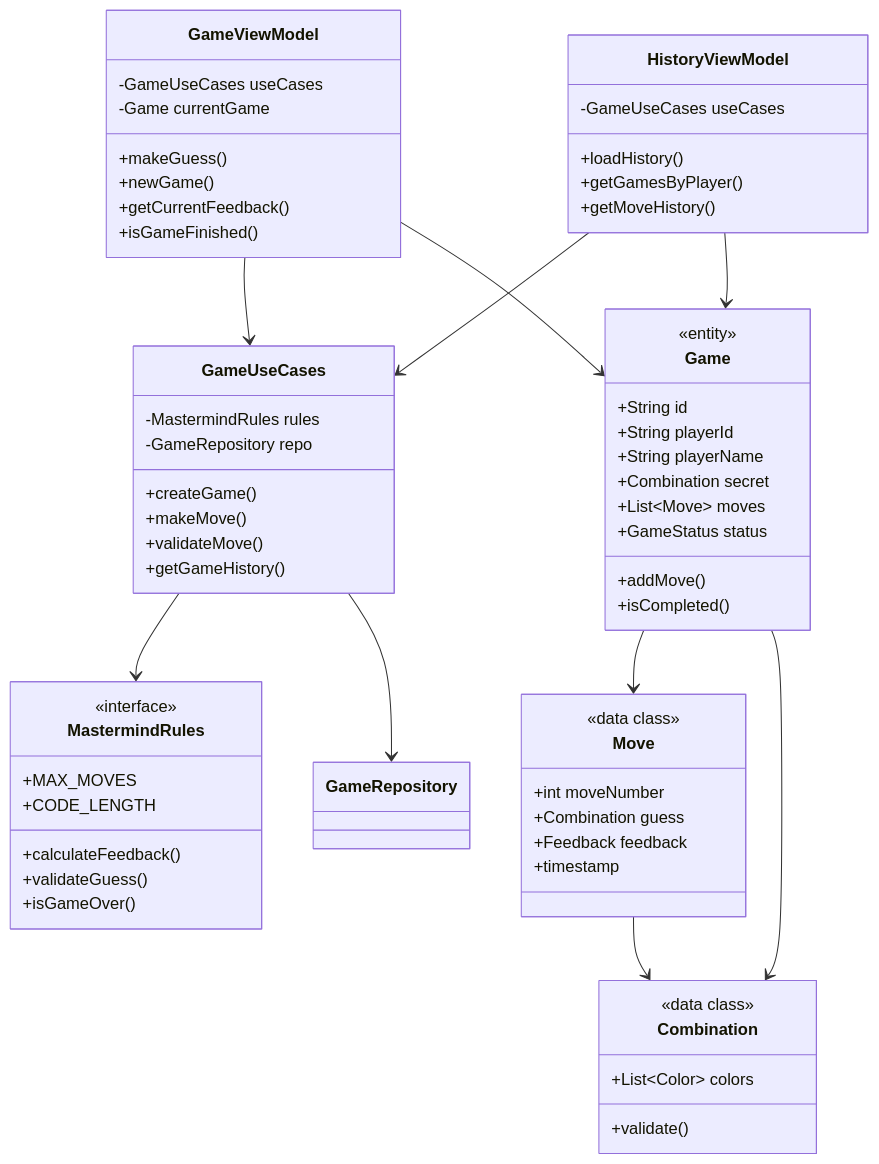
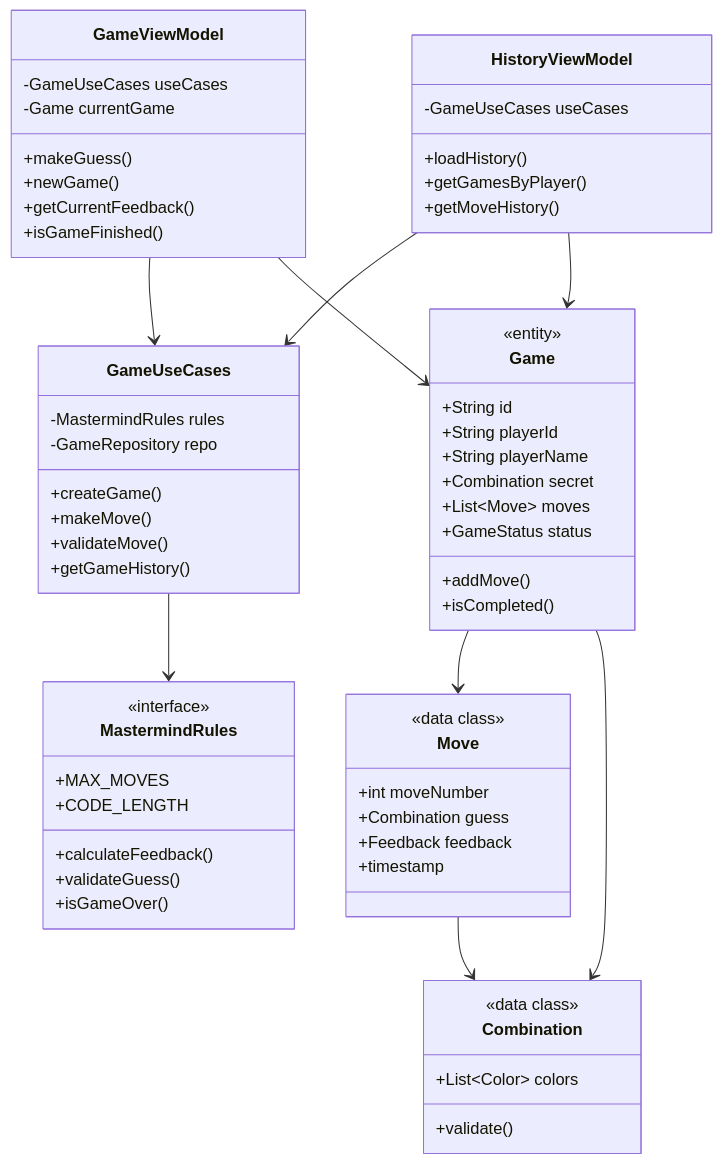
The first of 3 diagrams in docs/class-diagram-hw1.md (Andrew2114/kotlin-s_game), drawn with Mermaid before and after one commit. The commit also changed other lines of this file, not shown here.

````diff
--- a/docs/class-diagram-hw1.md
+++ b/docs/class-diagram-hw1.md
@@ -6,79 +6,78 @@
 ```mermaid
 classDiagram
     direction TB
     
     %% ============ DOMAIN ENTITIES ============
     class Combination {
         <<data class>>
         +List~Color~ colors
         +validate()
     }
     
     class Move {
         <<data class>>
         +int moveNumber
         +Combination guess
         +Feedback feedback
         +timestamp
     }
     
     class Game {
         <<entity>>
         +String id
         +String playerId
         +String playerName
         +Combination secret
         +List~Move~ moves
         +GameStatus status
         +addMove()
         +isCompleted()
     }
     
     %% ============ INTERFACE ============
     class MastermindRules {
         <<interface>>
         +calculateFeedback()
         +validateGuess()
         +isGameOver()
         +MAX_MOVES
         +CODE_LENGTH
     }
     
     %% ============ USE CASE ============
     class GameUseCases {
         -MastermindRules rules
         -GameRepository repo
         +createGame()
         +makeMove()
         +validateMove()
         +getGameHistory()
     }
     
     %% ============ VIEW MODELS ============
     class GameViewModel {
         -GameUseCases useCases
         -Game currentGame
         +makeGuess()
         +newGame()
         +getCurrentFeedback()
         +isGameFinished()
     }
     
     class HistoryViewModel {
         -GameUseCases useCases
         +loadHistory()
         +getGamesByPlayer()
         +getMoveHistory()
     }
     
     %% ============ СВЯЗИ ============
     Game --> Move
     Game --> Combination
     Move --> Combination
-    GameUseCases --> MastermindRules
-    GameUseCases --> GameRepository 
+    GameUseCases --> MastermindRules 
     GameViewModel --> GameUseCases
     GameViewModel --> Game
     HistoryViewModel --> GameUseCases
     HistoryViewModel --> Game
 ```
````
